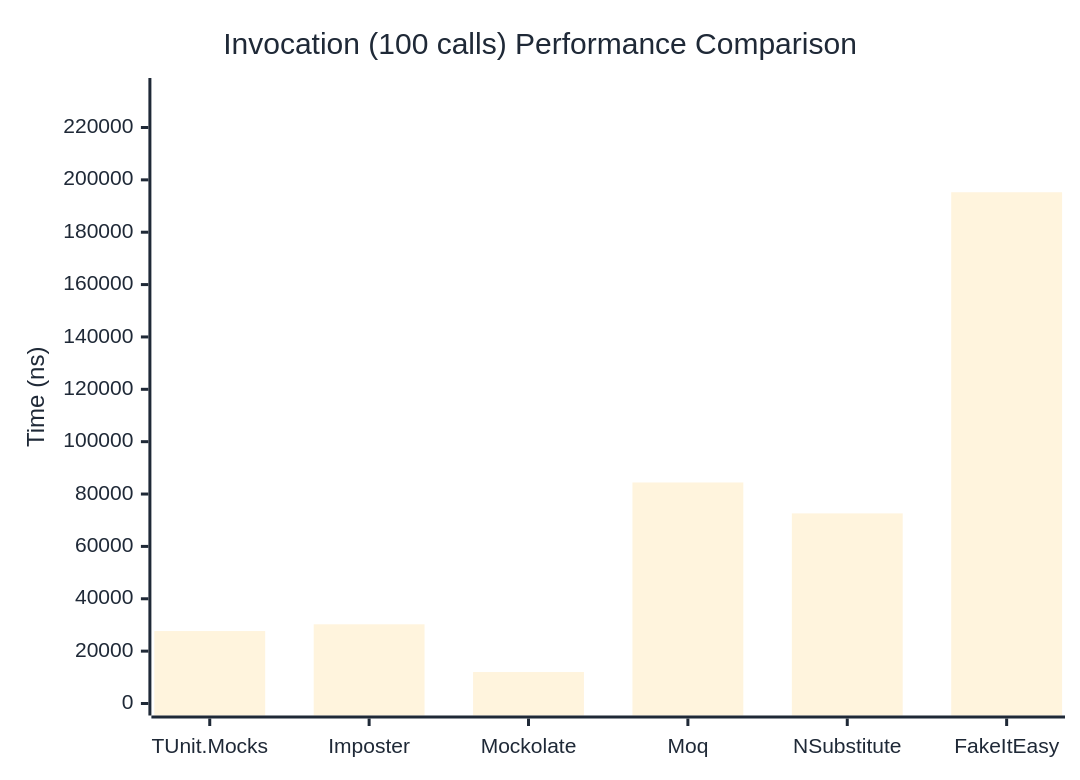
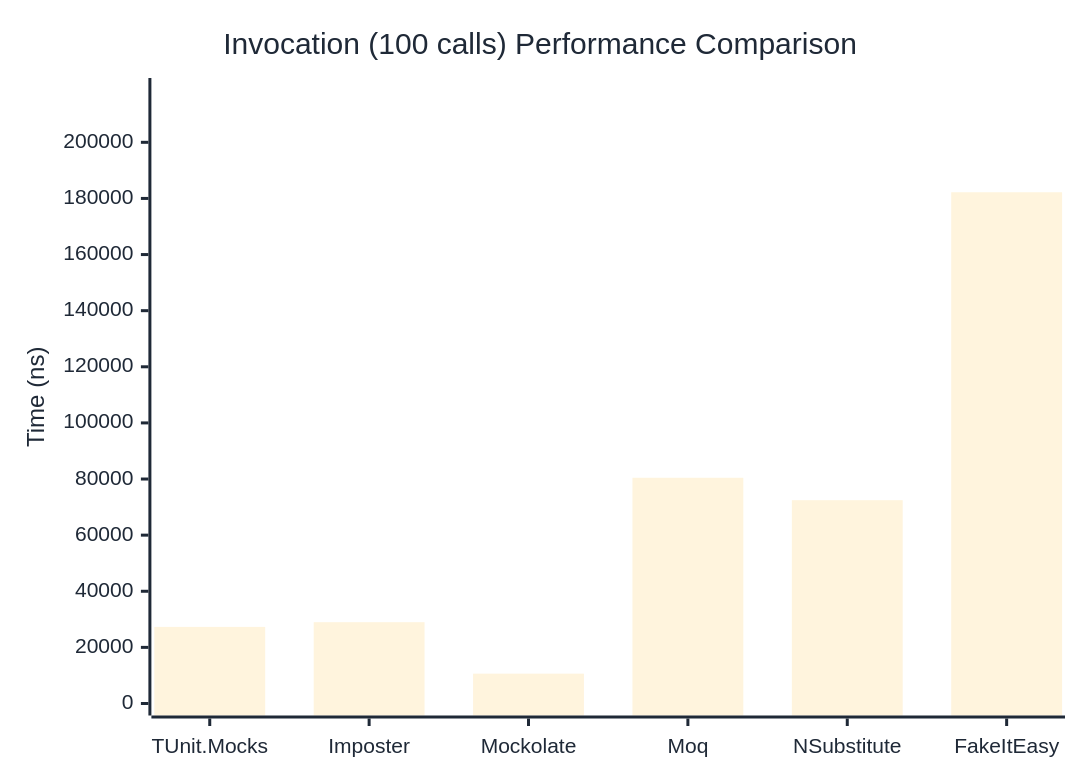
The third of 3 diagrams in docs/docs/benchmarks/mocks/Invocation.md (thomhurst/TUnit), drawn with Mermaid before and after one commit. The commit also changed other lines of this file and 14 other files, not shown here.

````diff
--- a/docs/docs/benchmarks/mocks/Invocation.md
+++ b/docs/docs/benchmarks/mocks/Invocation.md
@@ -112,27 +112,27 @@
 ```mermaid
 %%{init: {
   'theme':'base',
   'themeVariables': {
     'primaryColor': '#2563eb',
     'primaryTextColor': '#1f2937',
     'primaryBorderColor': '#1e40af',
     'lineColor': '#6b7280',
     'secondaryColor': '#7c3aed',
     'tertiaryColor': '#dc2626',
     'background': '#ffffff',
     'pie1': '#2563eb',
     'pie2': '#7c3aed',
     'pie3': '#dc2626',
     'pie4': '#f59e0b',
     'pie5': '#10b981',
     'pie6': '#06b6d4',
     'pie7': '#ec4899',
     'pie8': '#6366f1'
   }
 }}%%
 xychart-beta
   title "Invocation (100 calls) Performance Comparison"
   x-axis ["TUnit.Mocks", "Imposter", "Mockolate", "Moq", "NSubstitute", "FakeItEasy"]
-  y-axis "Time (ns)" 0 --> 234318
-  bar [27671.7, 30246.9, 12012.9, 84421.8, 72612.7, 195264.4]
+  y-axis "Time (ns)" 0 --> 218646
+  bar [27299.67, 28978.46, 10636.28, 80452.28, 72455.83, 182204.18]
 ```
````
